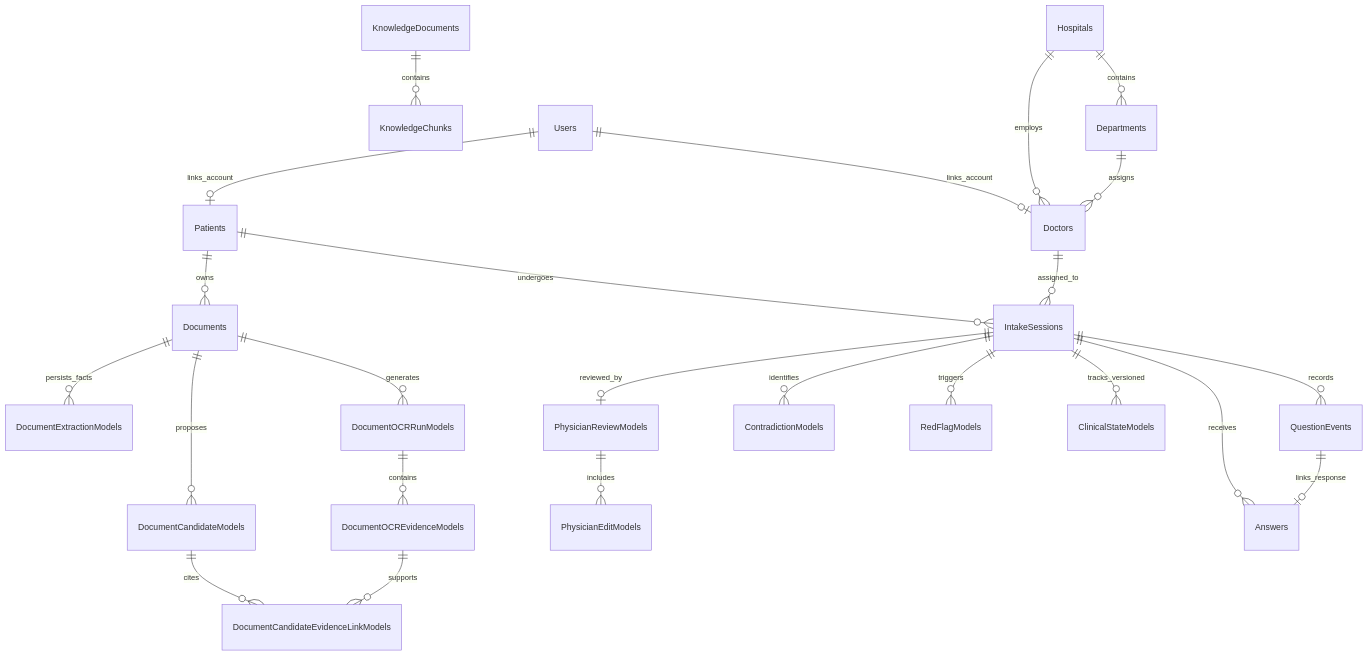
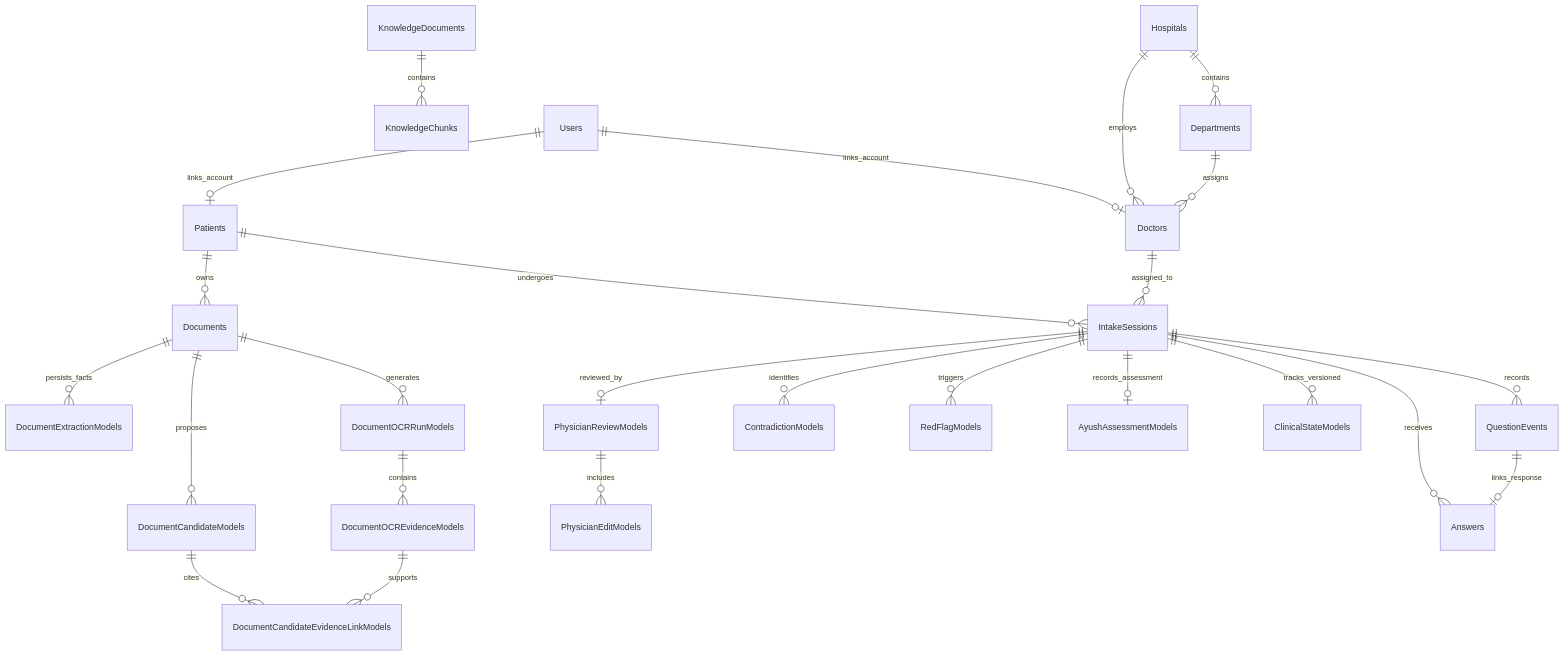
Before and after one commit to OmkarD09/SwasthyaVaani: the second of 6 diagrams in docs/SwasthyaVaani_Current_Project_State.md, drawn with Mermaid. The commit also changed other lines of this file and 49 other files, not shown here.

````diff
--- a/docs/SwasthyaVaani_Current_Project_State.md
+++ b/docs/SwasthyaVaani_Current_Project_State.md
@@ -369,26 +369,27 @@
 ```mermaid
 erDiagram
     Hospitals ||--o{ Departments : contains
     Hospitals ||--o{ Doctors : employs
     Departments ||--o{ Doctors : assigns
     Users ||--o| Doctors : links_account
     Users ||--o| Patients : links_account
     Patients ||--o{ IntakeSessions : undergoes
     Patients ||--o{ Documents : owns
     Doctors ||--o{ IntakeSessions : assigned_to
     IntakeSessions ||--o{ QuestionEvents : records
     IntakeSessions ||--o{ Answers : receives
     IntakeSessions ||--o{ ClinicalStateModels : tracks_versioned
+    IntakeSessions ||--o| AyushAssessmentModels : records_assessment
     IntakeSessions ||--o{ RedFlagModels : triggers
     IntakeSessions ||--o{ ContradictionModels : identifies
     IntakeSessions ||--o| PhysicianReviewModels : reviewed_by
     PhysicianReviewModels ||--o{ PhysicianEditModels : includes
     QuestionEvents ||--o| Answers : links_response
     Documents ||--o{ DocumentOCRRunModels : generates
     Documents ||--o{ DocumentCandidateModels : proposes
     Documents ||--o{ DocumentExtractionModels : persists_facts
     DocumentOCRRunModels ||--o{ DocumentOCREvidenceModels : contains
     DocumentCandidateModels ||--o{ DocumentCandidateEvidenceLinkModels : cites
     DocumentOCREvidenceModels ||--o{ DocumentCandidateEvidenceLinkModels : supports
     KnowledgeDocuments ||--o{ KnowledgeChunks : contains
 ```
````
